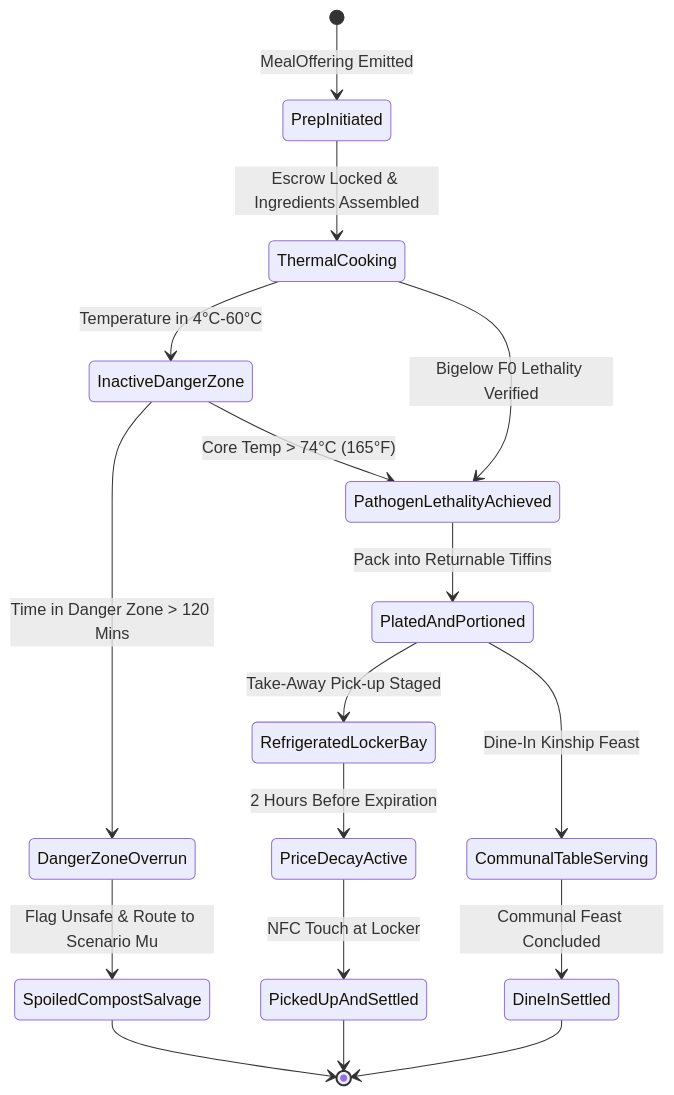
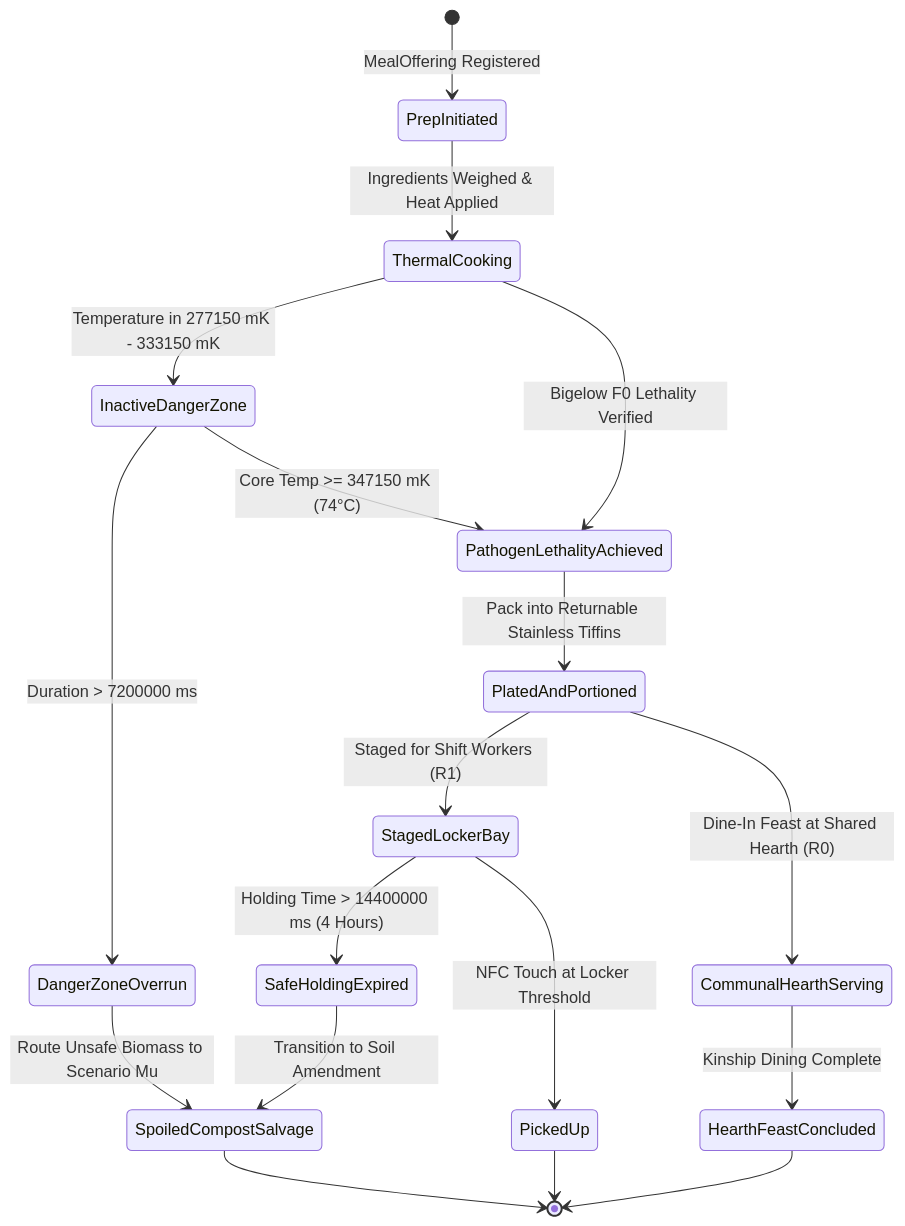
The second of 4 diagrams in docs/scenarios/gamma_kitchen.md (raffaine/collective), drawn with Mermaid before and after one commit. The commit also changed other lines of this file and 23 other files, not shown here.

````diff
--- a/docs/scenarios/gamma_kitchen.md
+++ b/docs/scenarios/gamma_kitchen.md
@@ -81,19 +87,20 @@
 ```mermaid
 stateDiagram-v2
-    [*] --> PrepInitiated: MealOffering Emitted
-    PrepInitiated --> ThermalCooking: Escrow Locked & Ingredients Assembled
-    ThermalCooking --> InactiveDangerZone: Temperature in 4°C-60°C
-    InactiveDangerZone --> DangerZoneOverrun: Time in Danger Zone > 120 Mins
-    DangerZoneOverrun --> SpoiledCompostSalvage: Flag Unsafe & Route to Scenario Mu
+    [*] --> PrepInitiated: MealOffering Registered
+    PrepInitiated --> ThermalCooking: Ingredients Weighed & Heat Applied
+    ThermalCooking --> InactiveDangerZone: Temperature in 277150 mK - 333150 mK
+    InactiveDangerZone --> DangerZoneOverrun: Duration > 7200000 ms
+    DangerZoneOverrun --> SpoiledCompostSalvage: Route Unsafe Biomass to Scenario Mu
     SpoiledCompostSalvage --> [*]
-    InactiveDangerZone --> PathogenLethalityAchieved: Core Temp > 74°C (165°F)
+    InactiveDangerZone --> PathogenLethalityAchieved: Core Temp >= 347150 mK (74°C)
     ThermalCooking --> PathogenLethalityAchieved: Bigelow F0 Lethality Verified
-    PathogenLethalityAchieved --> PlatedAndPortioned: Pack into Returnable Tiffins
-    PlatedAndPortioned --> CommunalTableServing: Dine-In Kinship Feast
-    PlatedAndPortioned --> RefrigeratedLockerBay: Take-Away Pick-up Staged
-    RefrigeratedLockerBay --> PriceDecayActive: 2 Hours Before Expiration
-    PriceDecayActive --> PickedUpAndSettled: NFC Touch at Locker
-    CommunalTableServing --> DineInSettled: Communal Feast Concluded
-    PickedUpAndSettled --> [*]
-    DineInSettled --> [*]
+    PathogenLethalityAchieved --> PlatedAndPortioned: Pack into Returnable Stainless Tiffins
+    PlatedAndPortioned --> CommunalHearthServing: Dine-In Feast at Shared Hearth (R0)
+    PlatedAndPortioned --> StagedLockerBay: Staged for Shift Workers (R1)
+    StagedLockerBay --> SafeHoldingExpired: Holding Time > 14400000 ms (4 Hours)
+    SafeHoldingExpired --> SpoiledCompostSalvage: Transition to Soil Amendment
+    StagedLockerBay --> PickedUp: NFC Touch at Locker Threshold
+    CommunalHearthServing --> HearthFeastConcluded: Kinship Dining Complete
+    PickedUp --> [*]
+    HearthFeastConcluded --> [*]
 ```
````
